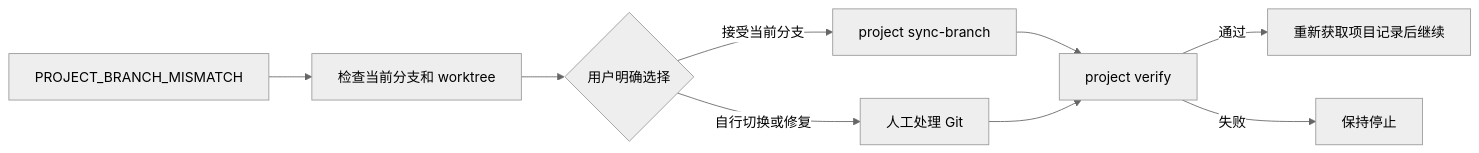
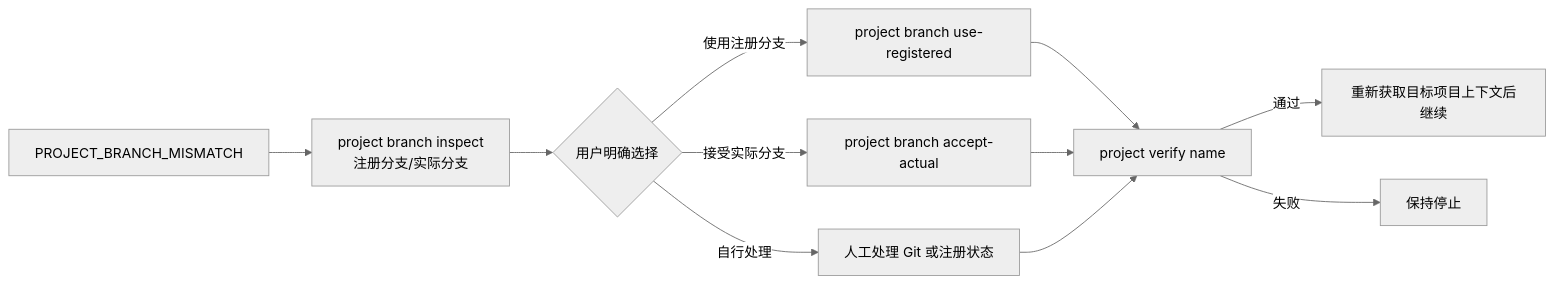
The third of 3 diagrams in docs/code-workspace-flow.zh-CN.md (icebearx-ai/code-workspace), drawn with Mermaid (neutral theme) before and after one commit. The commit also changed other lines of this file and 31 other files, not shown here.

````diff
--- a/docs/code-workspace-flow.zh-CN.md
+++ b/docs/code-workspace-flow.zh-CN.md
@@ -62,11 +62,13 @@
 ```mermaid
 flowchart LR
-    M[PROJECT_BRANCH_MISMATCH] --> I[检查当前分支和 worktree]
+    M[PROJECT_BRANCH_MISMATCH] --> I[project branch inspect<br/>注册分支/实际分支]
     I --> C{用户明确选择}
-    C -->|接受当前分支| CLI[project sync-branch]
-    C -->|自行切换或修复| MANUAL[人工处理 Git]
-    CLI --> V[project verify]
+    C -->|使用注册分支| USE[project branch use-registered]
+    C -->|接受实际分支| ACCEPT[project branch accept-actual]
+    C -->|自行处理| MANUAL[人工处理 Git 或注册状态]
+    USE --> V[project verify name]
+    ACCEPT --> V
     MANUAL --> V
-    V -->|通过| CONTINUE[重新获取项目记录后继续]
+    V -->|通过| CONTINUE[重新获取目标项目上下文后继续]
     V -->|失败| STOP[保持停止]
 ```
````
